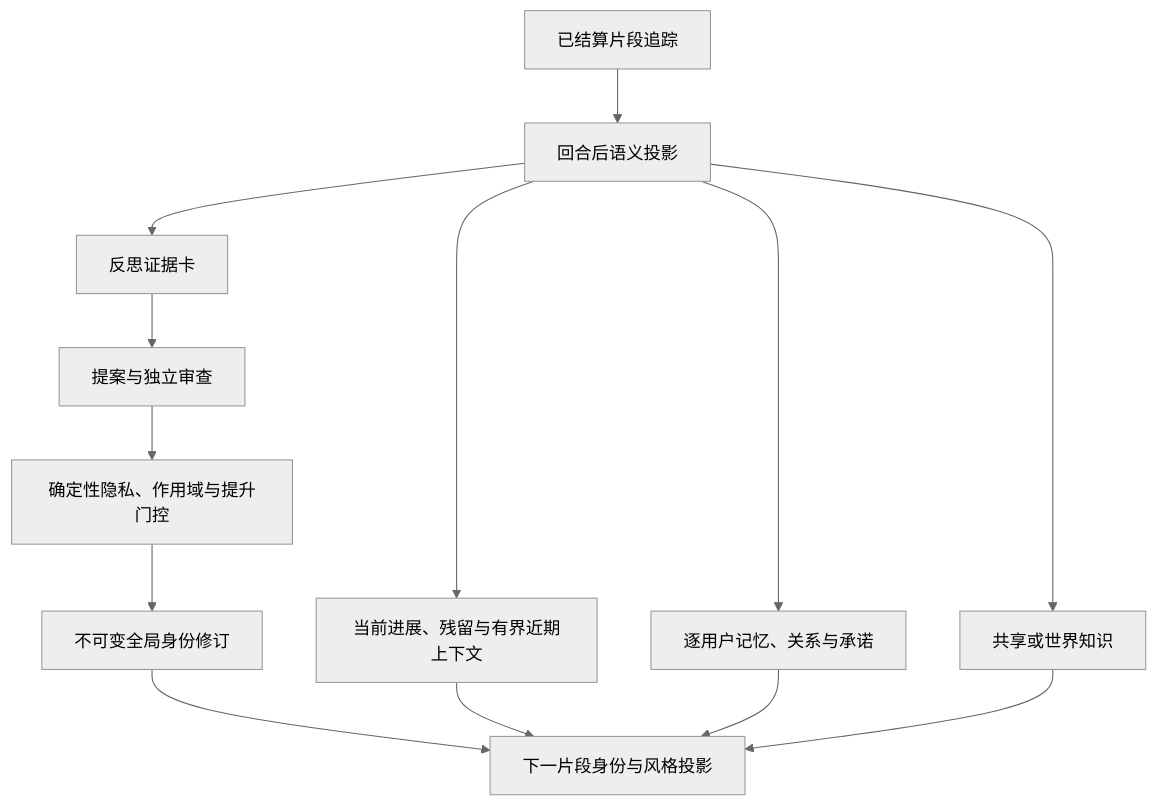
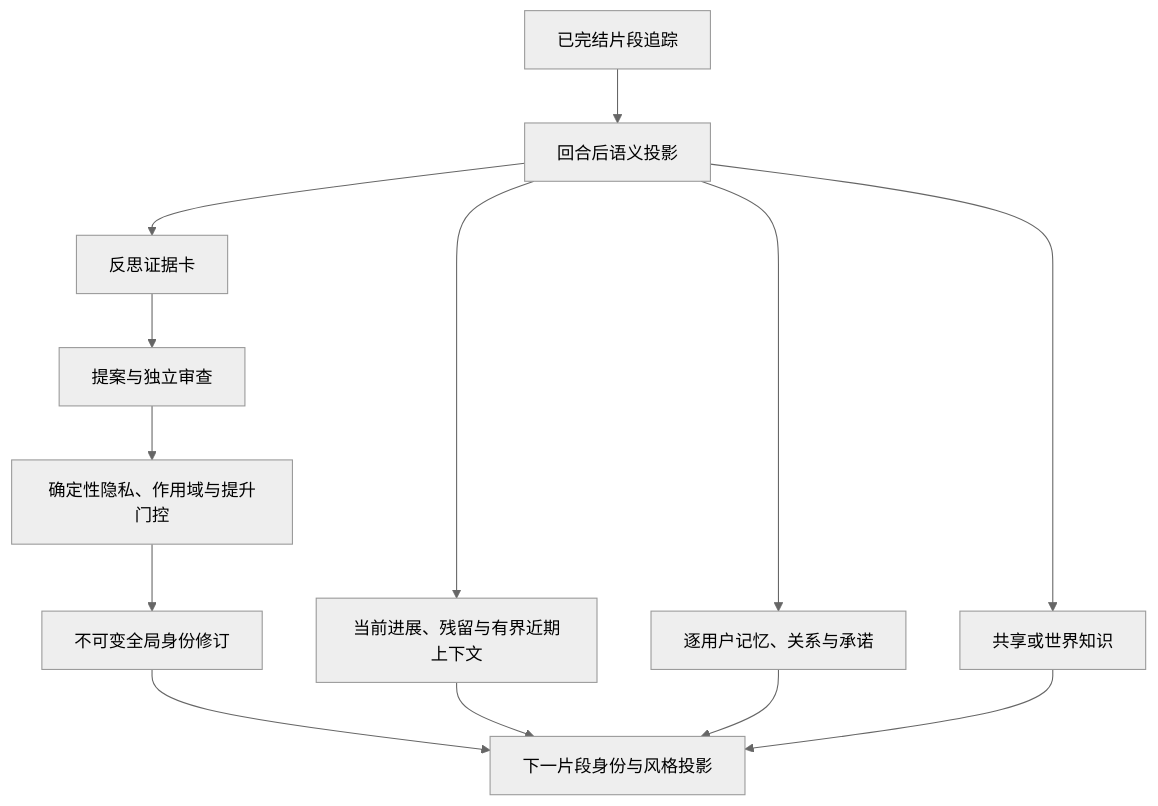
One commit to eamars/KazusaAIChatbot changed the fourth of 5 diagrams in docs/architecture/explicit_cognitive_trajectory_architecture_zh-CN.md. Above: the diagram before and after it, drawn with Mermaid (neutral theme). The commit also changed other lines of this file and 5 other files, not shown here.

````diff
--- a/docs/architecture/explicit_cognitive_trajectory_architecture_zh-CN.md
+++ b/docs/architecture/explicit_cognitive_trajectory_architecture_zh-CN.md
@@ -420,16 +420,16 @@
 ```mermaid
 flowchart TD
-    A["已结算片段追踪"] --> B["回合后语义投影"]
+    A["已完结片段追踪"] --> B["回合后语义投影"]
     B --> C["当前进展、残留与有界近期上下文"]
     B --> D["逐用户记忆、关系与承诺"]
     B --> E["共享或世界知识"]
     B --> F["反思证据卡"]
 
     F --> G["提案与独立审查"]
     G --> H["确定性隐私、作用域与提升门控"]
     H --> I["不可变全局身份修订"]
     I --> J["下一片段身份与风格投影"]
     C --> J
     D --> J
     E --> J
 ```
````
